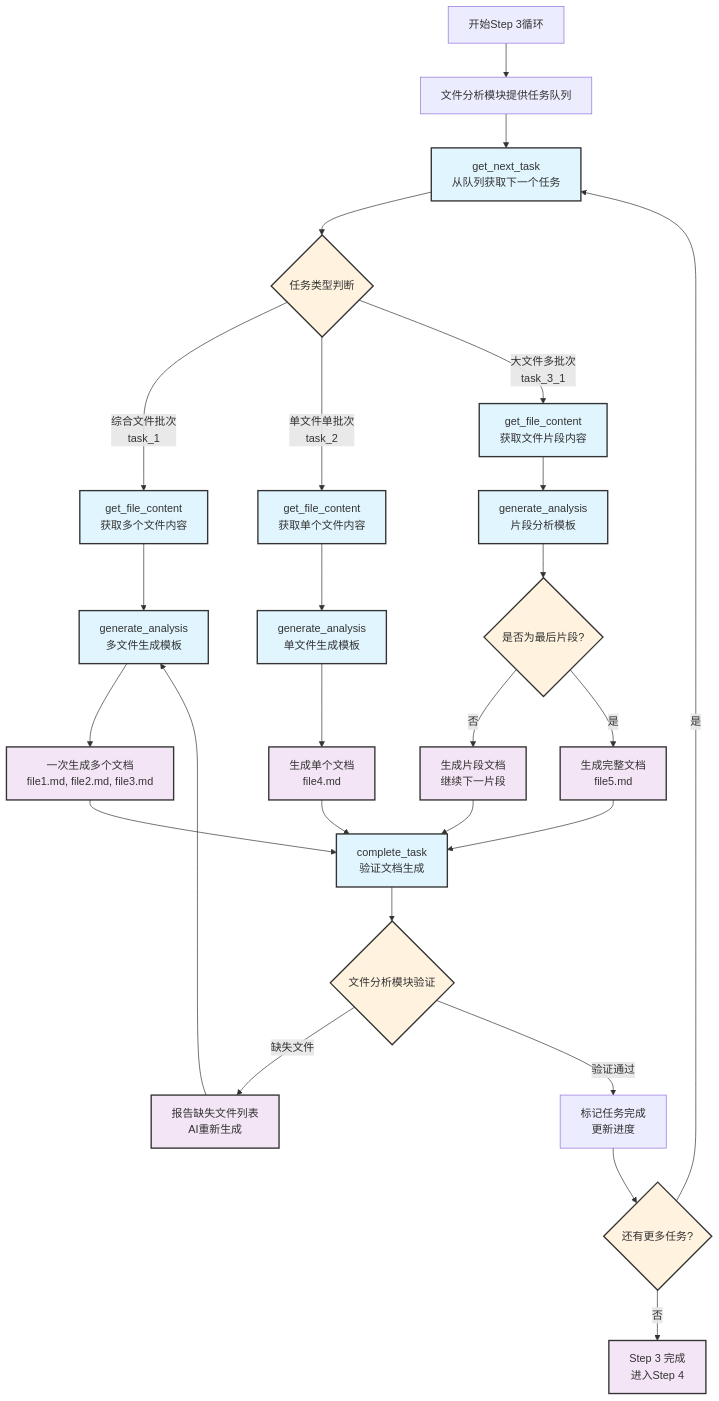
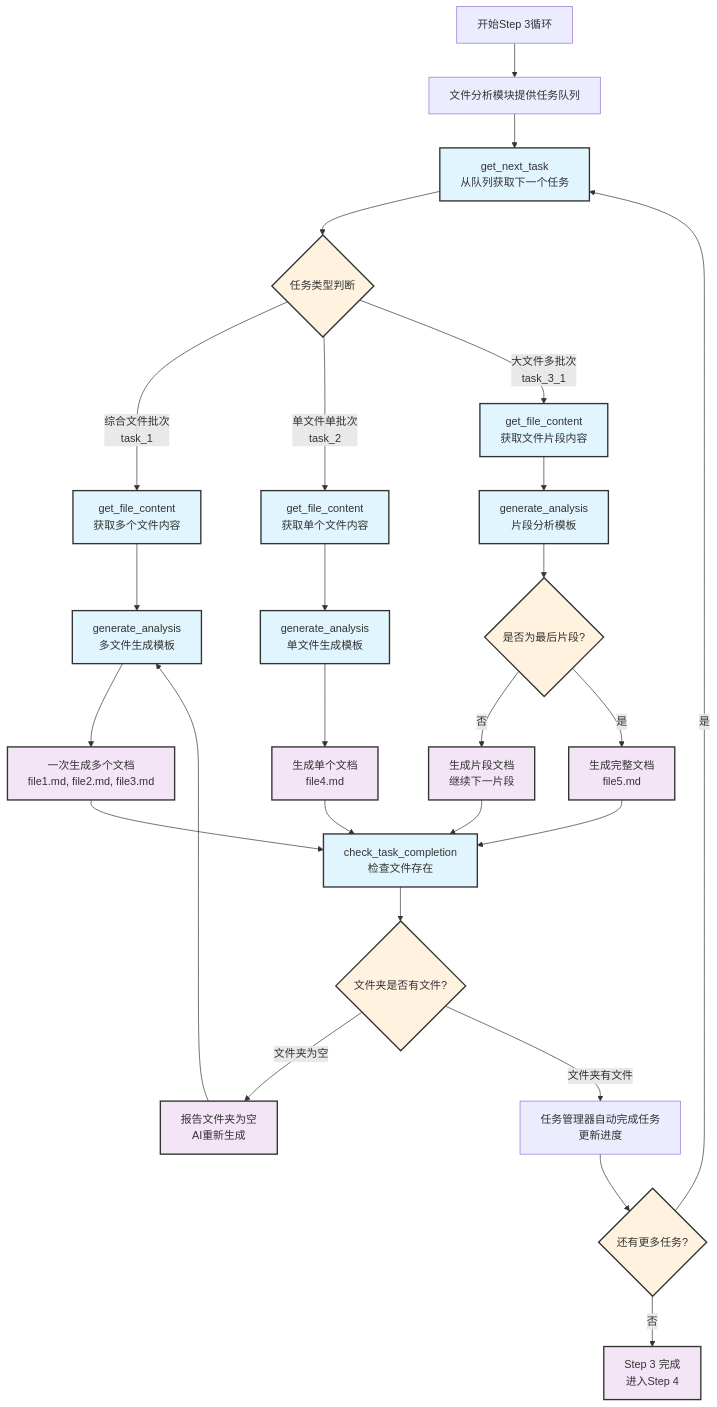
Before and after one commit to MGX-LJY/mg_kiro_mcp: the fourth of 7 diagrams in MG_KIRO_Refactored_Workflow_Design.md, drawn with Mermaid. The commit also changed other lines of this file, not shown here.

````diff
--- a/MG_KIRO_Refactored_Workflow_Design.md
+++ b/MG_KIRO_Refactored_Workflow_Design.md
@@ -114,47 +114,47 @@
 ```mermaid
 graph TD
     A[开始Step 3循环] --> B[文件分析模块提供任务队列]
     
     B --> C[get_next_task<br/>从队列获取下一个任务]
     
     C --> D{任务类型判断}
     
     D -->|综合文件批次<br/>task_1| E[get_file_content<br/>获取多个文件内容]
     D -->|单文件单批次<br/>task_2| F[get_file_content<br/>获取单个文件内容]
     D -->|大文件多批次<br/>task_3_1| G[get_file_content<br/>获取文件片段内容]
     
     E --> H[generate_analysis<br/>多文件生成模板]
     F --> I[generate_analysis<br/>单文件生成模板]
     G --> J[generate_analysis<br/>片段分析模板]
     
     H --> K[一次生成多个文档<br/>file1.md, file2.md, file3.md]
     I --> L[生成单个文档<br/>file4.md]
     J --> M{是否为最后片段?}
     
     M -->|否| N[生成片段文档<br/>继续下一片段]
     M -->|是| O[生成完整文档<br/>file5.md]
     
-    K --> P[complete_task<br/>验证文档生成]
+    K --> P[check_task_completion<br/>检查文件存在]
     L --> P
     N --> P
     O --> P
     
-    P --> Q{文件分析模块验证}
-    Q -->|缺失文件| R[报告缺失文件列表<br/>AI重新生成]
-    Q -->|验证通过| S[标记任务完成<br/>更新进度]
+    P --> Q{文件夹是否有文件?}
+    Q -->|文件夹为空| R[报告文件夹为空<br/>AI重新生成]
+    Q -->|文件夹有文件| S[任务管理器自动完成任务<br/>更新进度]
     
     R --> H
     S --> T{还有更多任务?}
     
     T -->|是| C
     T -->|否| U[Step 3 完成<br/>进入Step 4]
     
     %% 样式
     classDef process fill:#e1f5fe,stroke:#333,stroke-width:2px
     classDef decision fill:#fff3e0,stroke:#333,stroke-width:2px
     classDef output fill:#f3e5f5,stroke:#333,stroke-width:2px
     
     class C,E,F,G,H,I,J,P process
     class D,M,Q,T decision
     class K,L,N,O,R,U output
 ```
````
